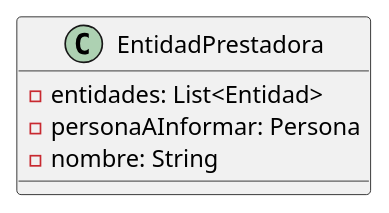
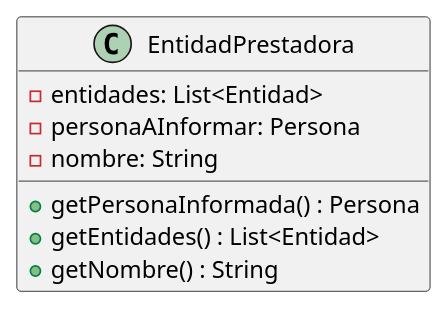
Before and after one commit to mbertogliati/dds-tpa: the diagram in DC/E3/domain/entidades/EntidadPrestadora.puml, drawn with PlantUML. The commit also changed 7 other files, not shown here.

```diff
--- a/DC/E3/domain/entidades/EntidadPrestadora.puml
+++ b/DC/E3/domain/entidades/EntidadPrestadora.puml
@@ -1,12 +1,15 @@
 @startuml
 
 skinparam linetype ortho
 
 class EntidadPrestadora {
   - entidades: List<Entidad>
   - personaAInformar: Persona
   - nombre: String
 
+  + getPersonaInformada() : Persona
+  + getEntidades() : List<Entidad>
+  + getNombre() : String
 }
 
 @enduml
```
